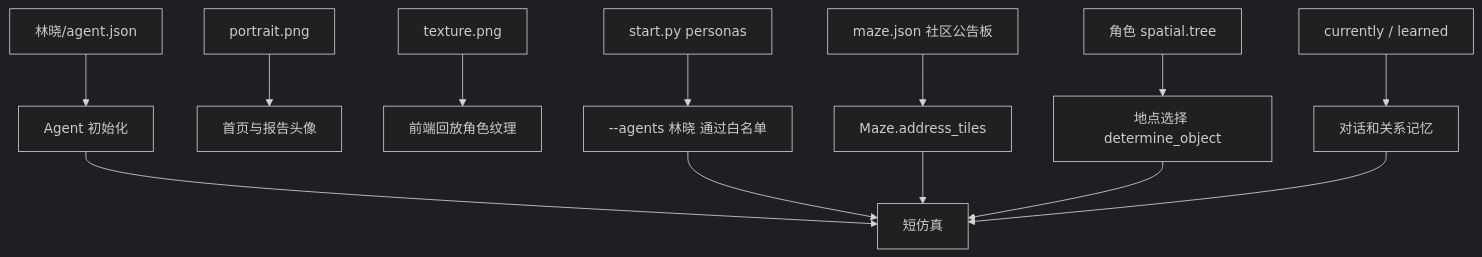
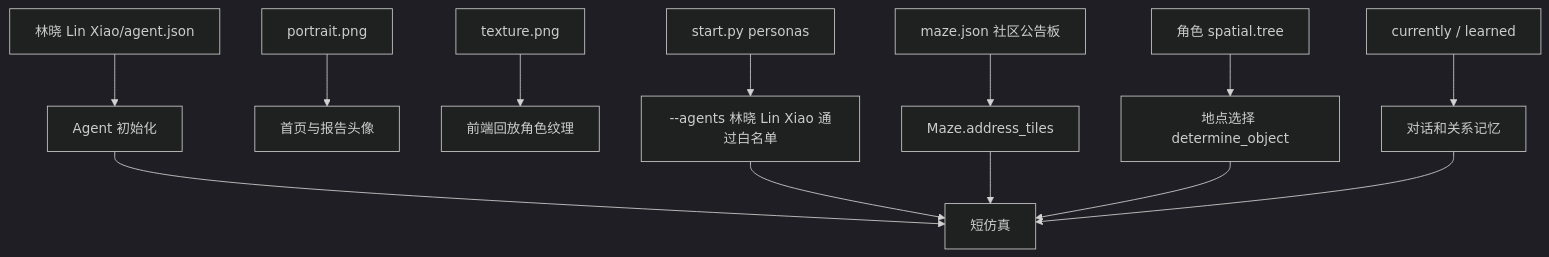
The second of 2 diagrams in docs/book/manuscript/part_04/chapter_27.md (tbkken/GenerativeAgentsCN), drawn with Mermaid (dark theme) before and after one commit. The commit also changed other lines of this file and 51 other files, not shown here.

````diff
--- a/docs/book/manuscript/part_04/chapter_27.md
+++ b/docs/book/manuscript/part_04/chapter_27.md
@@ -461,15 +461,15 @@
 ```mermaid
 flowchart TD
-    AgentFile["林晓/agent.json"] --> Init["Agent 初始化"]
+    AgentFile["林晓 Lin Xiao/agent.json"] --> Init["Agent 初始化"]
     Portrait["portrait.png"] --> Report["首页与报告头像"]
     Texture["texture.png"] --> Replay["前端回放角色纹理"]
-    Registry["start.py personas"] --> CLI["--agents 林晓 通过白名单"]
+    Registry["start.py personas"] --> CLI["--agents 林晓 Lin Xiao 通过白名单"]
     Maze["maze.json 社区公告板"] --> Address["Maze.address_tiles"]
     Spatial["角色 spatial.tree"] --> Choice["地点选择 determine_object"]
     Relation["currently / learned"] --> Chat["对话和关系记忆"]
     Init --> Run["短仿真"]
     CLI --> Run
     Address --> Run
     Choice --> Run
     Chat --> Run
 ```
````
